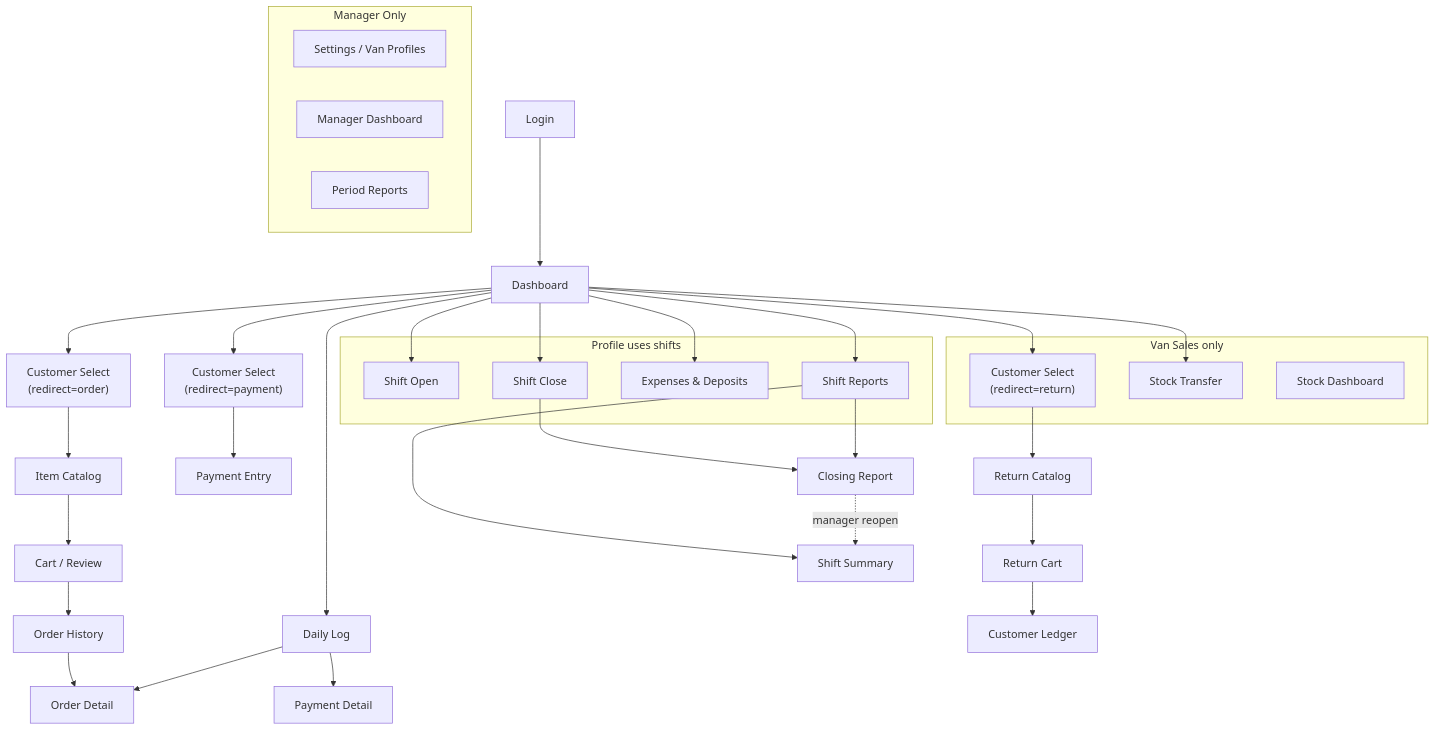
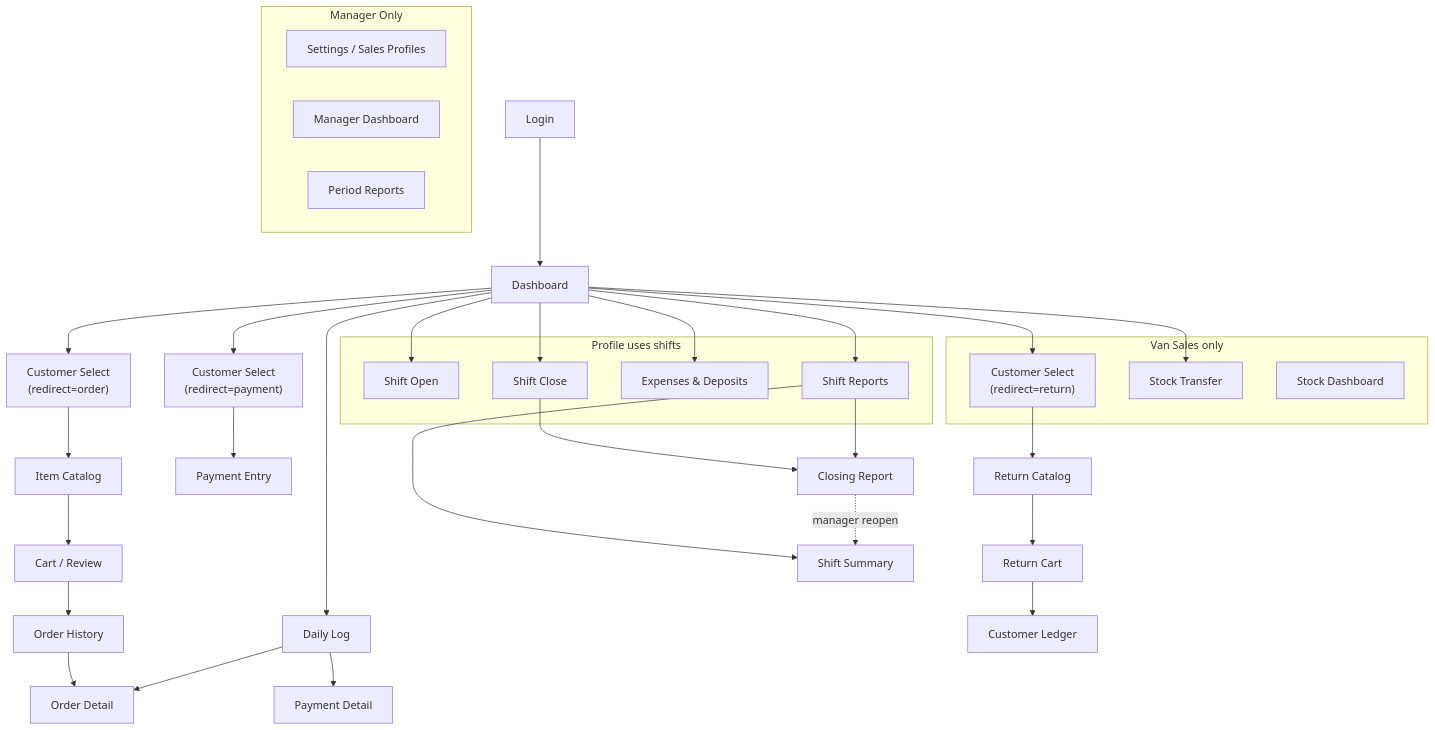
The diagram in PRD.md (siijjas/sales_pwa), drawn with Mermaid before and after one commit. The commit also changed other lines of this file and 240 other files, not shown here.

````diff
--- a/PRD.md
+++ b/PRD.md
@@ -324,51 +324,51 @@
 ```mermaid
 graph TD
     Login["Login"] --> Dashboard["Dashboard"]
 
     Dashboard --> CS_Order["Customer Select<br/>(redirect=order)"]
     Dashboard --> CS_Payment["Customer Select<br/>(redirect=payment)"]
     Dashboard --> CS_Return["Customer Select<br/>(redirect=return)"]
     Dashboard --> StockTransfer["Stock Transfer"]
     Dashboard --> ShiftOpen["Shift Open"]
     Dashboard --> ShiftClose["Shift Close"]
     Dashboard --> CashMovements["Expenses & Deposits"]
     Dashboard --> ShiftReports["Shift Reports"]
     Dashboard --> DailyLog["Daily Log"]
 
     CS_Order --> Catalog["Item Catalog"]
     Catalog --> Cart["Cart / Review"]
     Cart --> History["Order History"]
 
     CS_Payment --> Payment["Payment Entry"]
     CS_Return --> ReturnCatalog["Return Catalog"]
     ReturnCatalog --> ReturnCart["Return Cart"]
     ReturnCart --> Ledger["Customer Ledger"]
 
     History --> OrderDetail["Order Detail"]
     DailyLog --> OrderDetail
     DailyLog --> PaymentDetail["Payment Detail"]
 
     ShiftClose --> ClosingReport["Closing Report"]
     ShiftReports --> ShiftSummary["Shift Summary"]
     ShiftReports --> ClosingReport
     ClosingReport -. manager reopen .-> ShiftSummary
 
     subgraph Manager Only
-        Settings["Settings / Van Profiles"]
+        Settings["Settings / Sales Profiles"]
         ManagerDashboard["Manager Dashboard"]
         Reports["Period Reports"]
     end
 
     subgraph Van Sales only
         StockDashboard["Stock Dashboard"]
         StockTransfer
         CS_Return
     end
 
     subgraph Profile uses shifts
         ShiftOpen
         ShiftClose
         CashMovements
         ShiftReports
     end
 ```
````
